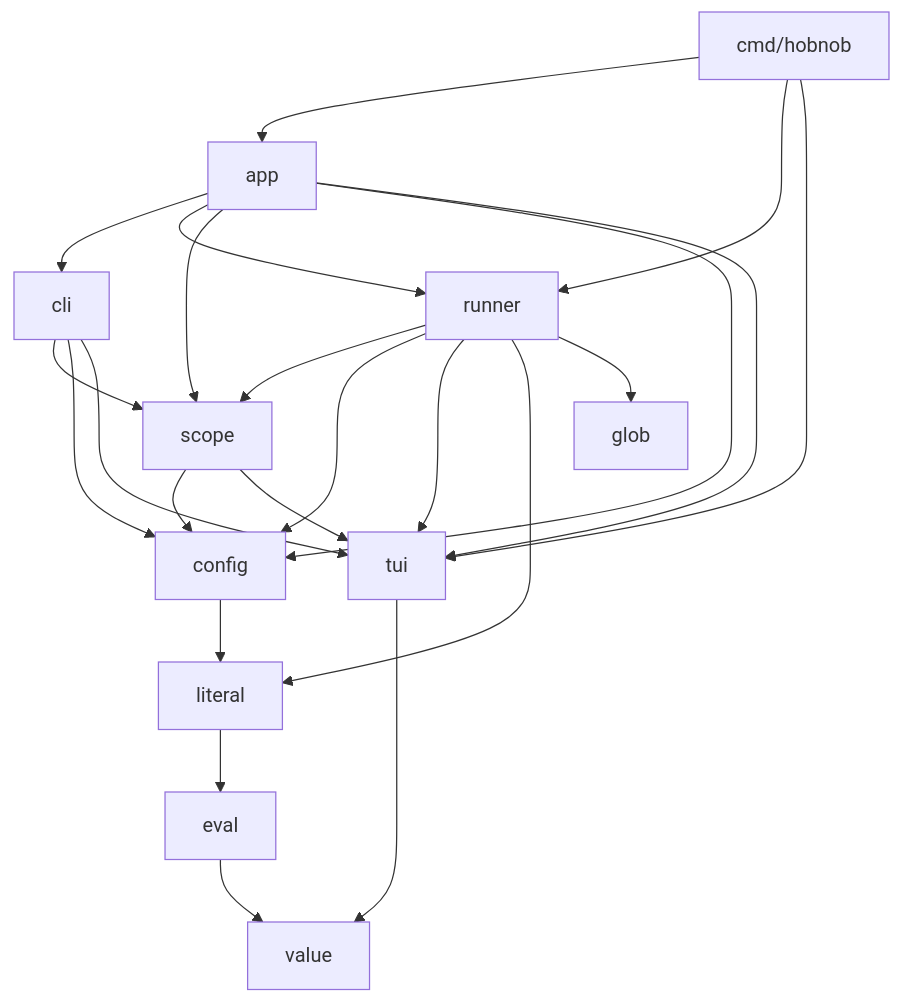
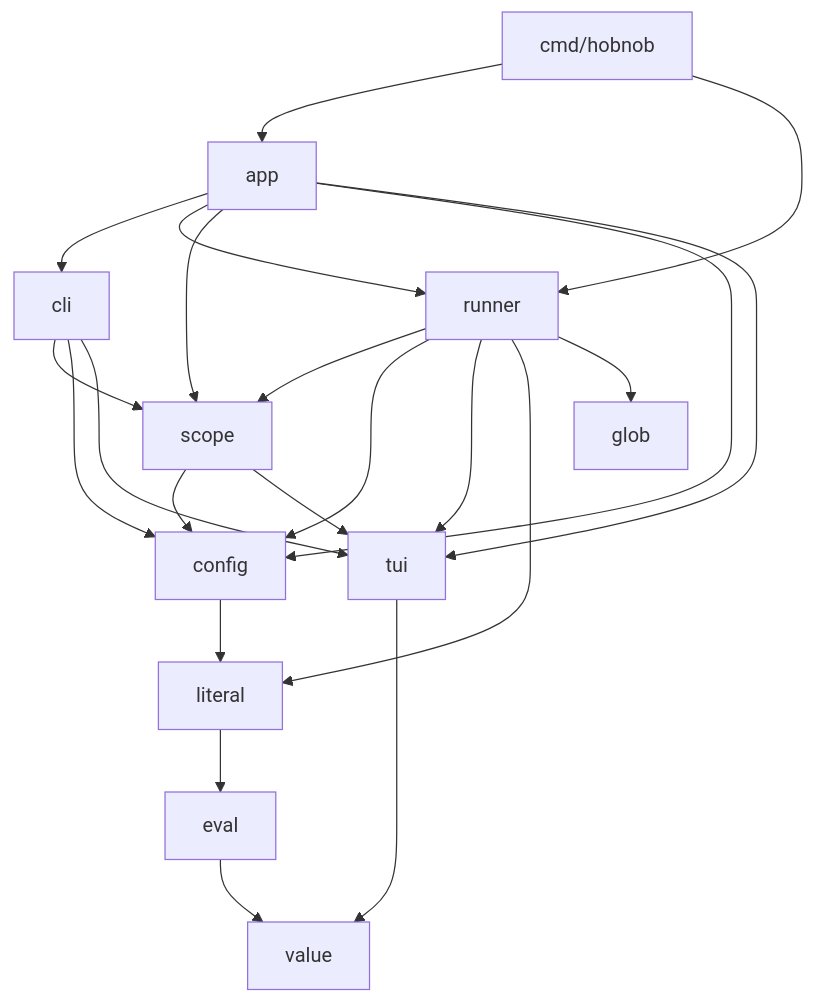
One commit to JakesMD/hobnob changed the first of 7 diagrams in ARCHITECTURE.md. Above: the diagram before and after it, drawn with Mermaid. The commit also changed other lines of this file and 1 other file, not shown here.

Commit message:
Bring ARCHITECTURE.md up to date for quiet runs and the tui imports

````diff
--- a/ARCHITECTURE.md
+++ b/ARCHITECTURE.md
@@ -89,25 +89,24 @@
 ```mermaid
 flowchart TD
     cmd[cmd/hobnob] --> app
     cmd --> runner
-    cmd --> tui
     app --> cli
     app --> runner
     app --> scope
     app --> config
     app --> tui
     cli --> scope
     cli --> config
     cli --> tui
     runner --> scope
     runner --> config
     runner --> tui
     runner --> literal
     runner --> glob
     scope --> config
     scope --> tui
     config --> literal
     literal --> eval
     eval --> value
     tui --> value
 ```
````
